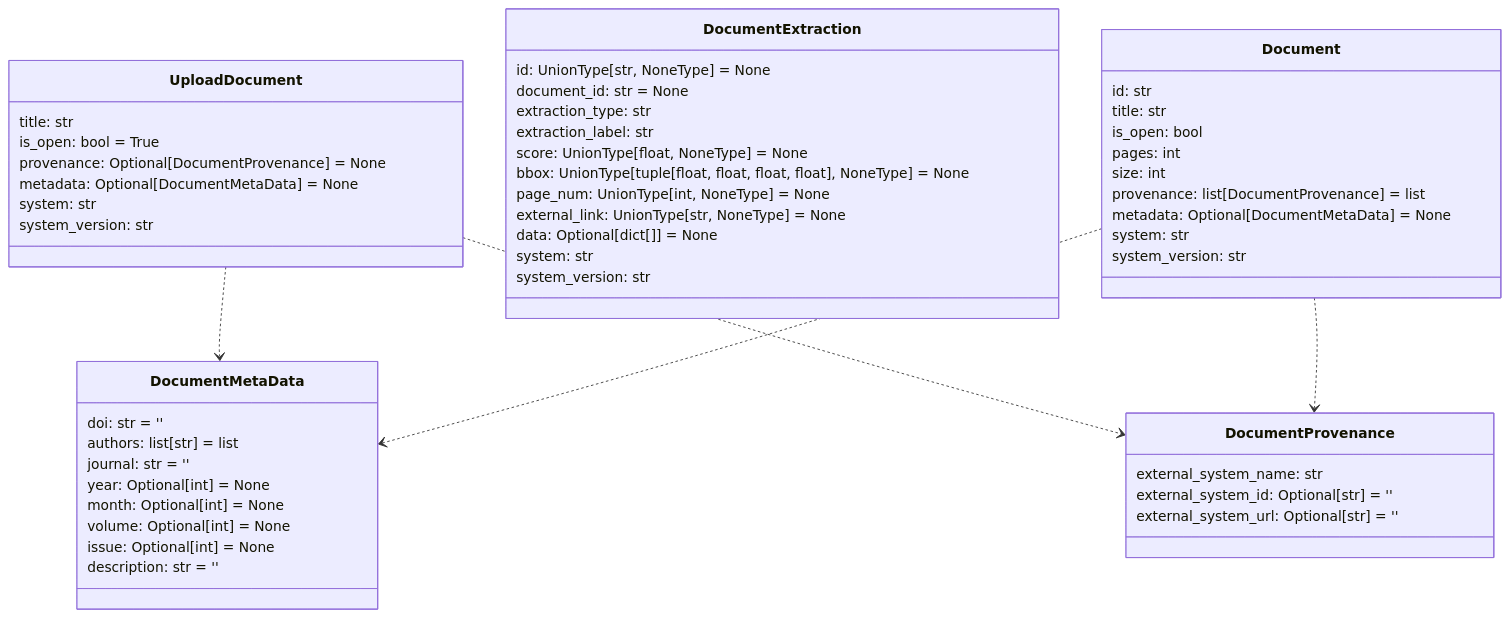
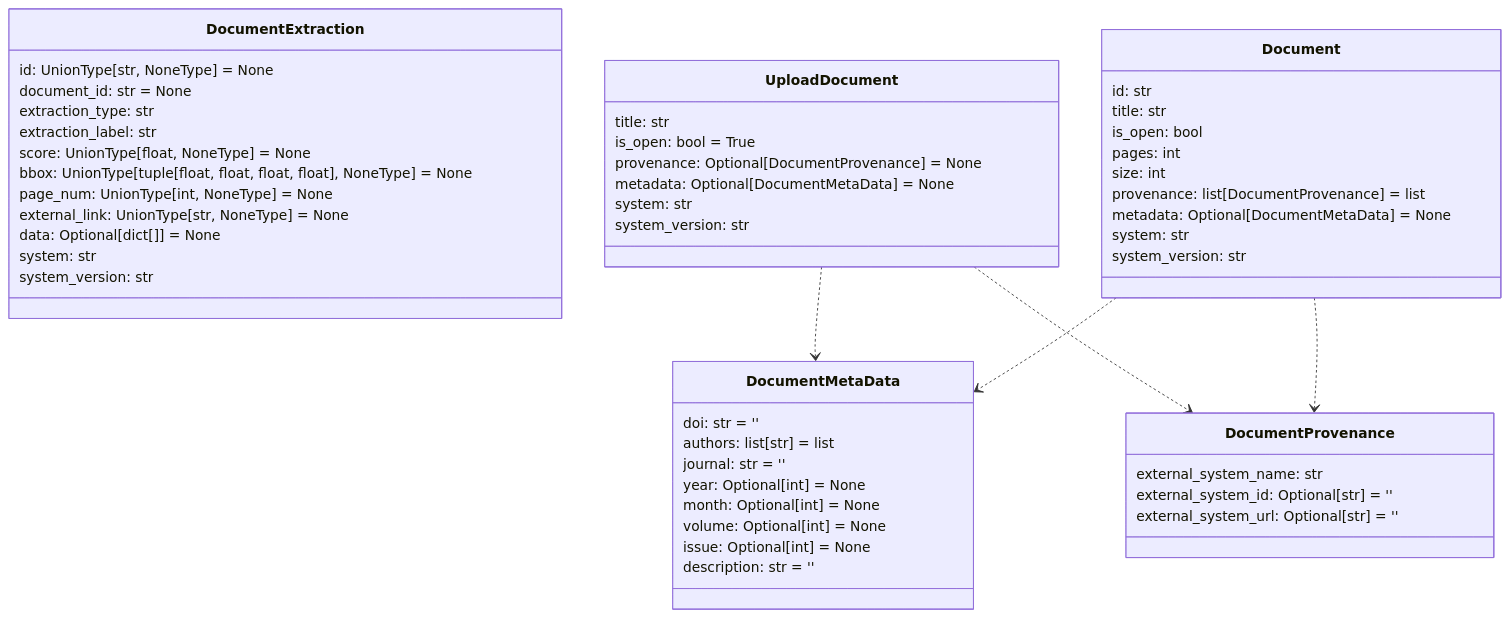
The ninth of 12 diagrams in README.md (DARPA-CRITICALMAAS/cdr_schemas), drawn with Mermaid before and after one commit. The commit also changed other lines of this file and 3 other files, not shown here.

````diff
--- a/README.md
+++ b/README.md
@@ -629,62 +633,62 @@
 ```mermaid
 classDiagram
-
-    class UploadDocument {
-        title: str
-        is_open: bool = True
-        provenance: Optional[DocumentProvenance] = None
-        metadata: Optional[DocumentMetaData] = None
-        system: str
-        system_version: str
-    }
 
     class DocumentExtraction {
         id: UnionType[str, NoneType] = None
         document_id: str = None
         extraction_type: str
         extraction_label: str
         score: UnionType[float, NoneType] = None
         bbox: UnionType[tuple[float, float, float, float], NoneType] = None
         page_num: UnionType[int, NoneType] = None
         external_link: UnionType[str, NoneType] = None
         data: Optional[dict[]] = None
-        system: str
-        system_version: str
-    }
-
-    class Document {
-        id: str
-        title: str
-        is_open: bool
-        pages: int
-        size: int
-        provenance: list[DocumentProvenance] = list
-        metadata: Optional[DocumentMetaData] = None
         system: str
         system_version: str
     }
 
     class DocumentMetaData {
         doi: str = ''
         authors: list[str] = list
         journal: str = ''
         year: Optional[int] = None
         month: Optional[int] = None
         volume: Optional[int] = None
         issue: Optional[int] = None
         description: str = ''
     }
 
     class DocumentProvenance {
         external_system_name: str
         external_system_id: Optional[str] = ''
         external_system_url: Optional[str] = ''
     }
 
+    class Document {
+        id: str
+        title: str
+        is_open: bool
+        pages: int
+        size: int
+        provenance: list[DocumentProvenance] = list
+        metadata: Optional[DocumentMetaData] = None
+        system: str
+        system_version: str
+    }
+
+    class UploadDocument {
+        title: str
+        is_open: bool = True
+        provenance: Optional[DocumentProvenance] = None
+        metadata: Optional[DocumentMetaData] = None
+        system: str
+        system_version: str
+    }
+
     UploadDocument ..> DocumentMetaData
     UploadDocument ..> DocumentProvenance
     Document ..> DocumentMetaData
     Document ..> DocumentProvenance
 
 
 ```
````
